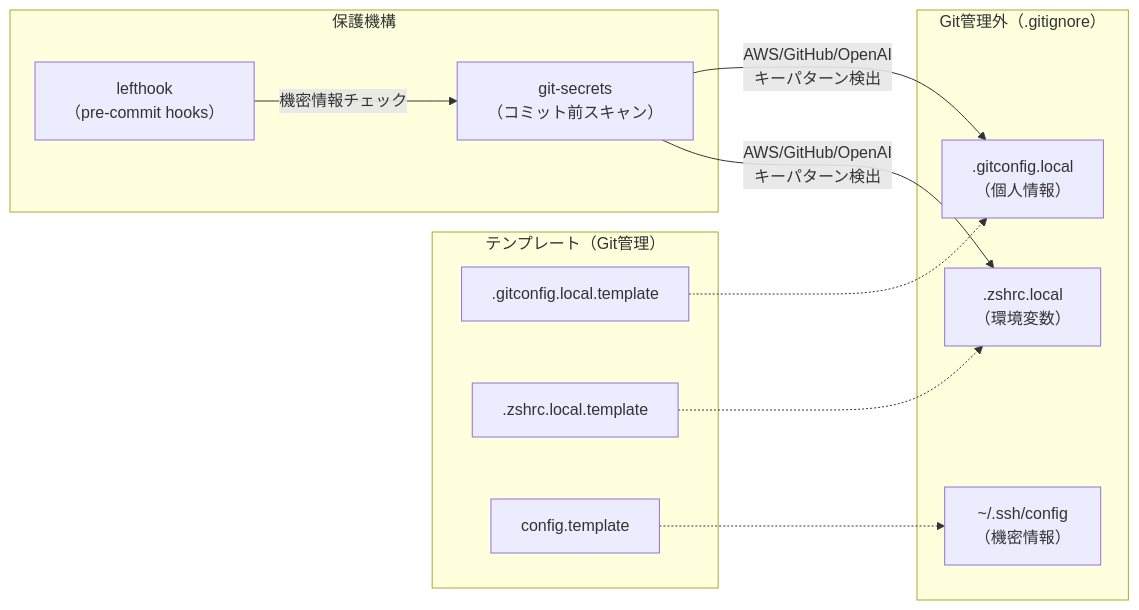
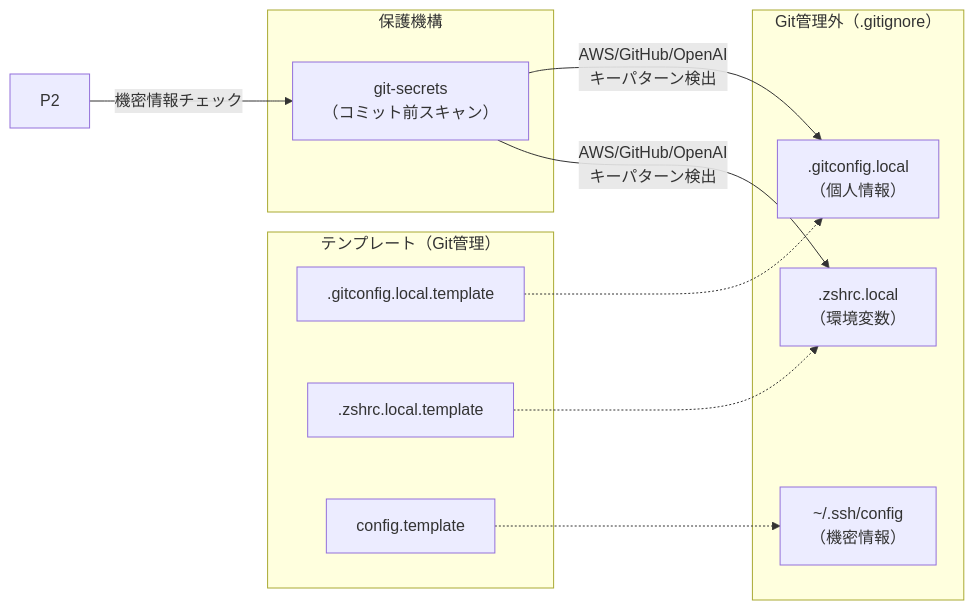
Before and after one commit to otake-shol/dotfiles: the fourth of 4 diagrams in docs/ARCHITECTURE.md, drawn with Mermaid. The commit also changed 7 other files, not shown here.

````diff
--- a/docs/ARCHITECTURE.md
+++ b/docs/ARCHITECTURE.md
@@ -178,27 +178,26 @@
 ```mermaid
 flowchart LR
     subgraph "Git管理外（.gitignore）"
         L1[".gitconfig.local<br>（個人情報）"]
         L2[".zshrc.local<br>（環境変数）"]
         L3["~/.ssh/config<br>（機密情報）"]
     end
 
     subgraph "テンプレート（Git管理）"
         T1[".gitconfig.local.template"]
         T2[".zshrc.local.template"]
         T3["config.template"]
     end
 
     subgraph "保護機構"
         P1["git-secrets<br>（コミット前スキャン）"]
-        P2["lefthook<br>（pre-commit hooks）"]
     end
 
     T1 -.-> L1
     T2 -.-> L2
     T3 -.-> L3
 
     P1 --> |"AWS/GitHub/OpenAI<br>キーパターン検出"| L1
     P1 --> |"AWS/GitHub/OpenAI<br>キーパターン検出"| L2
     P2 --> |"機密情報チェック"| P1
 ```
````
